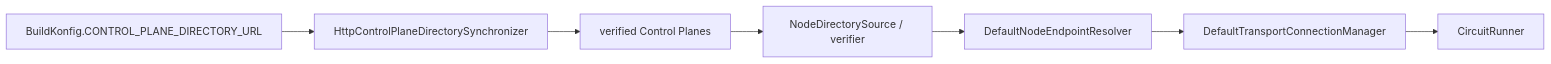
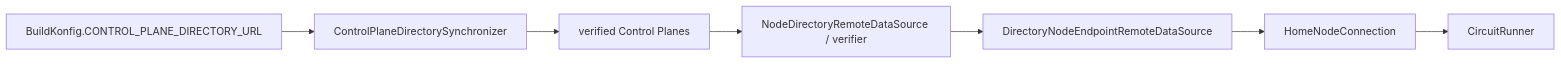
The diagram in docs/features/transport.md (cbgm/Sparrow), drawn with Mermaid before and after one commit. The commit also changed other lines of this file and 1028 other files, not shown here.

````diff
--- a/docs/features/transport.md
+++ b/docs/features/transport.md
@@ -7,12 +7,12 @@
 ```mermaid
 flowchart LR
     BK[BuildKonfig.CONTROL_PLANE_DIRECTORY_URL]
-    DS[HttpControlPlaneDirectorySynchronizer]
+    DS[ControlPlaneDirectorySynchronizer]
     CP[verified Control Planes]
-    ND[NodeDirectorySource / verifier]
-    ER[DefaultNodeEndpointResolver]
-    CM[DefaultTransportConnectionManager]
+    ND[NodeDirectoryRemoteDataSource / verifier]
+    ER[DirectoryNodeEndpointRemoteDataSource]
+    CM[HomeNodeConnection]
     CR[CircuitRunner]
 
     BK --> DS --> CP --> ND --> ER --> CM --> CR
 ```
````
